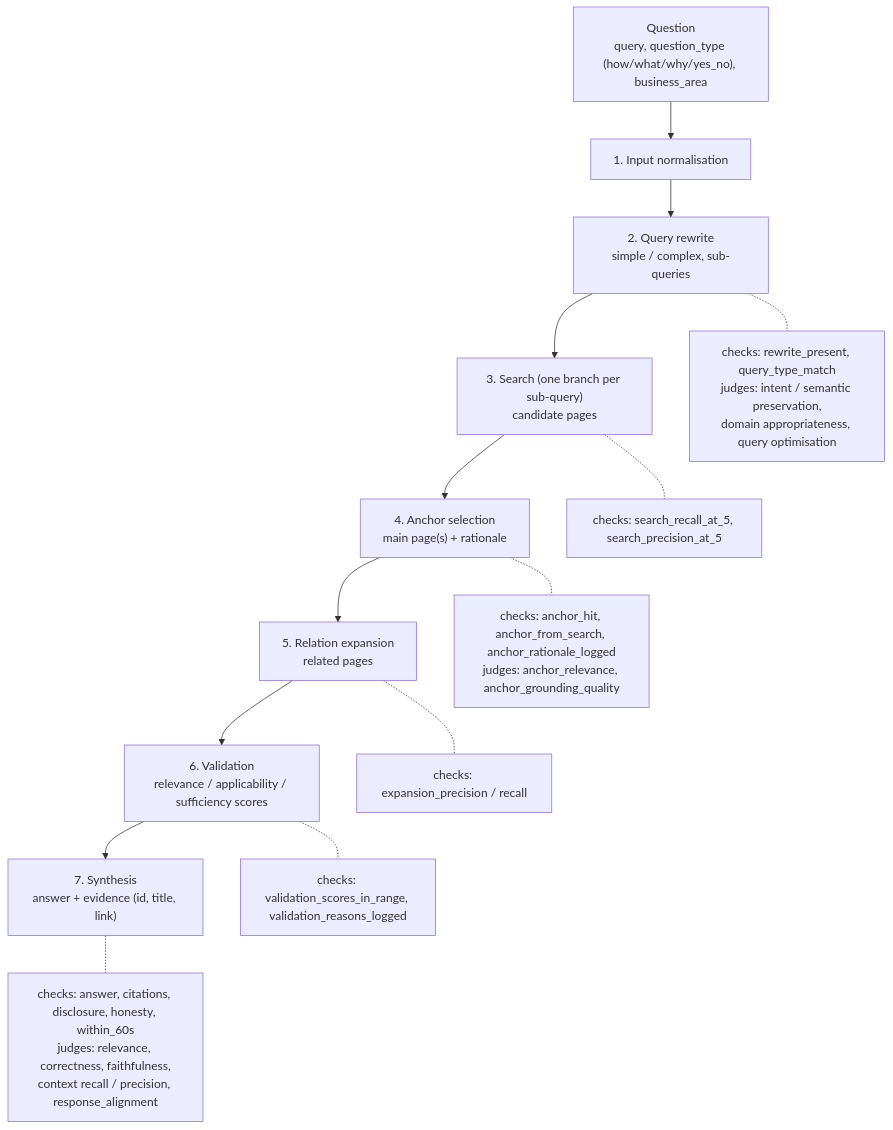
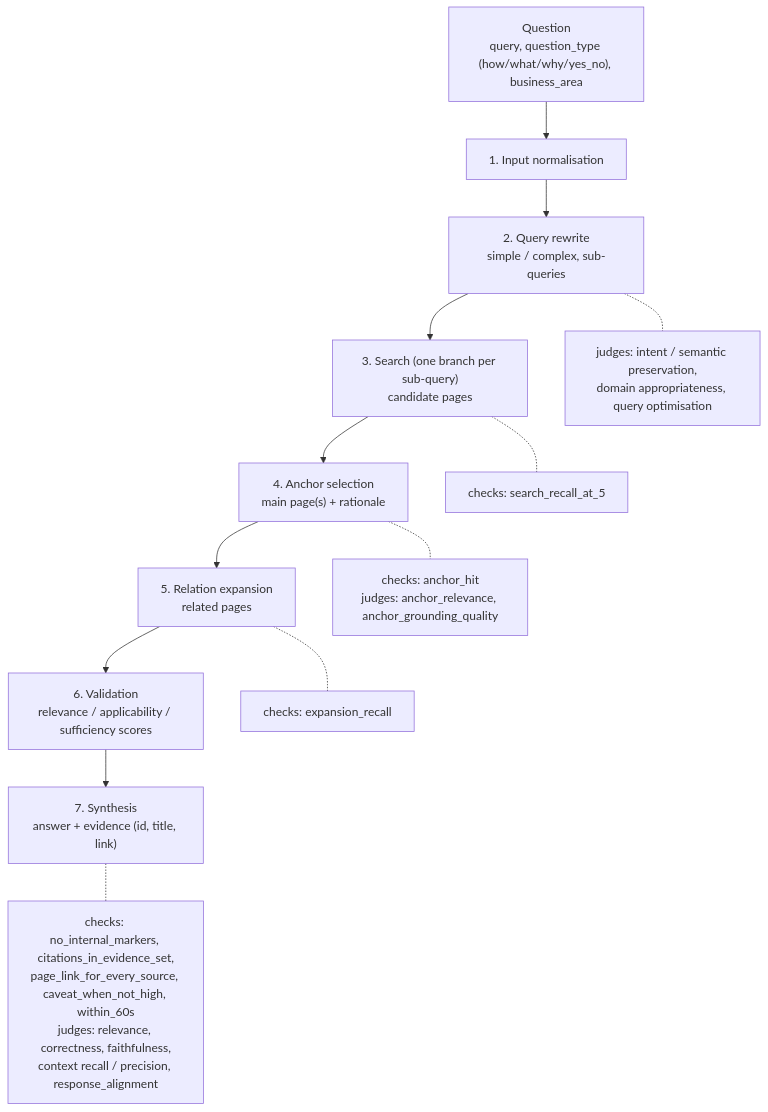
Before and after one commit to automationByVamsi/ai-eval-suite: the third of 3 diagrams in README.md, drawn with Mermaid. The commit also changed other lines of this file and 8 other files, not shown here.

````diff
--- a/README.md
+++ b/README.md
@@ -116,17 +116,16 @@
 ```mermaid
 flowchart TD
     Q["Question<br/>query, question_type (how/what/why/yes_no), business_area"] --> N["1. Input normalisation"]
     N --> RW["2. Query rewrite<br/>simple / complex, sub-queries"]
     RW --> S["3. Search (one branch per sub-query)<br/>candidate pages"]
     S --> AN["4. Anchor selection<br/>main page(s) + rationale"]
     AN --> EXP["5. Relation expansion<br/>related pages"]
     EXP --> V["6. Validation<br/>relevance / applicability / sufficiency scores"]
     V --> SY["7. Synthesis<br/>answer + evidence (id, title, link)"]
 
-    RW -.- c1["checks: rewrite_present, query_type_match<br/>judges: intent / semantic preservation,<br/>domain appropriateness, query optimisation"]
-    S -.- c2["checks: search_recall_at_5, search_precision_at_5"]
-    AN -.- c3["checks: anchor_hit, anchor_from_search, anchor_rationale_logged<br/>judges: anchor_relevance, anchor_grounding_quality"]
-    EXP -.- c4["checks: expansion_precision / recall"]
-    V -.- c5["checks: validation_scores_in_range, validation_reasons_logged"]
-    SY -.- c6["checks: answer, citations, disclosure, honesty, within_60s<br/>judges: relevance, correctness, faithfulness,<br/>context recall / precision, response_alignment"]
+    RW -.- c1["judges: intent / semantic preservation,<br/>domain appropriateness, query optimisation"]
+    S -.- c2["checks: search_recall_at_5"]
+    AN -.- c3["checks: anchor_hit<br/>judges: anchor_relevance, anchor_grounding_quality"]
+    EXP -.- c4["checks: expansion_recall"]
+    SY -.- c6["checks: no_internal_markers, citations_in_evidence_set,<br/>page_link_for_every_source, caveat_when_not_high, within_60s<br/>judges: relevance, correctness, faithfulness,<br/>context recall / precision, response_alignment"]
 ```
````
